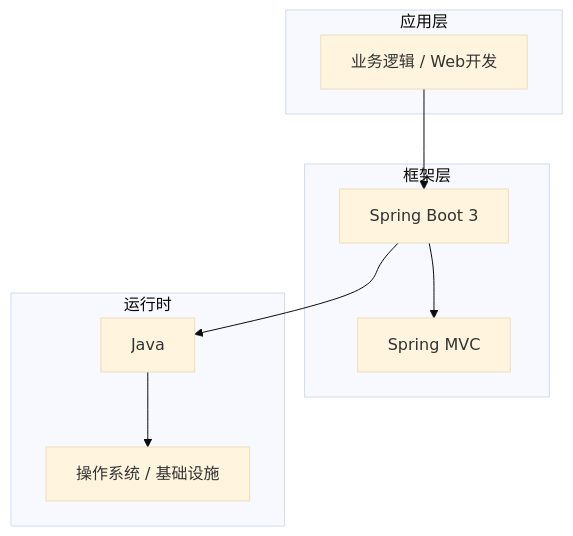
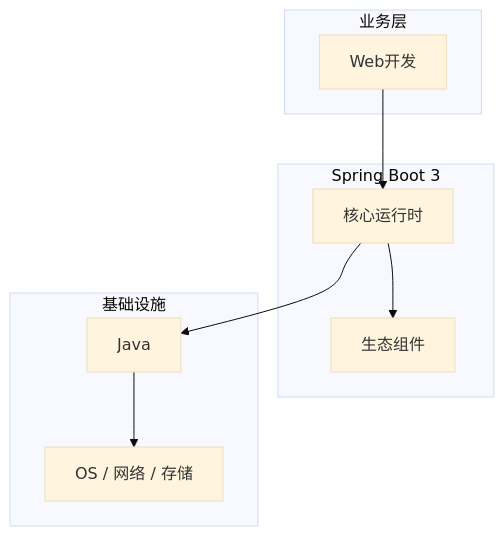
The diagram in articles/Spring Boot/chapters/023-Web开发核心概念与原理.md (yanggan2015/knowledge-json-v2), drawn with Mermaid (base theme) before and after one commit. The commit also changed other lines of this file and 10127 other files, not shown here.

````diff
--- a/articles/Spring Boot/chapters/023-Web开发核心概念与原理.md
+++ b/articles/Spring Boot/chapters/023-Web开发核心概念与原理.md
@@ -45,18 +34,18 @@
 ```mermaid
 graph TB
-    subgraph 应用层
-        A[业务逻辑 / Web开发]
+    subgraph 业务层
+        A[Web开发]
     end
-    subgraph 框架层
-        B[Spring Boot 3]
-        C[Spring MVC]
+    subgraph Spring Boot 3
+        B[核心运行时]
+        C[生态组件]
     end
-    subgraph 运行时
+    subgraph 基础设施
         D[Java]
-        E[操作系统 / 基础设施]
+        E[OS / 网络 / 存储]
     end
     A --> B
     B --> C
     B --> D
     D --> E
 ```
````
